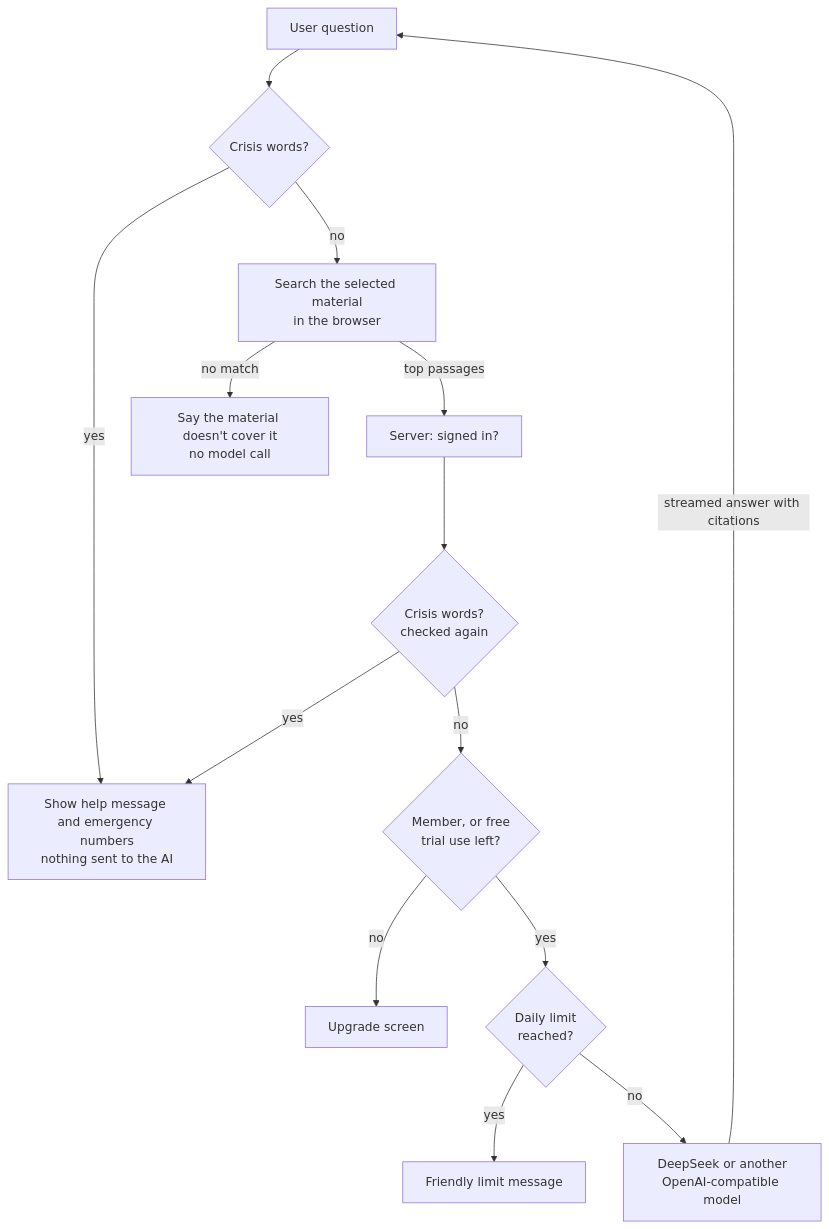
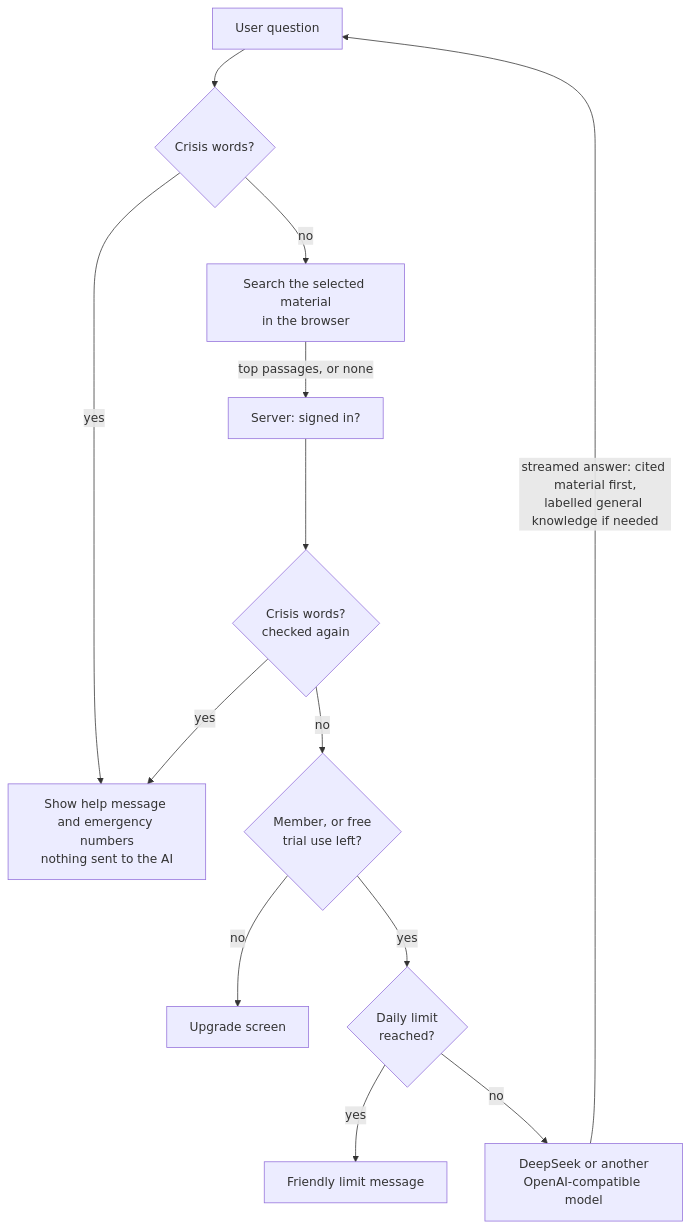
Before and after one commit to WHYNOT-LUO/unspoken-demo: the diagram in README.md, drawn with Mermaid. The commit also changed other lines of this file and 63 other files, not shown here.

````diff
--- a/README.md
+++ b/README.md
@@ -102,16 +113,15 @@
 ```mermaid
 flowchart TD
   U[User question] --> C{Crisis words?}
   C -- yes --> H[Show help message and emergency numbers<br/>nothing sent to the AI]
   C -- no --> R[Search the selected material<br/>in the browser]
-  R -- no match --> N[Say the material doesn't cover it<br/>no model call]
-  R -- top passages --> S[Server: signed in?]
+  R -- top passages, or none --> S[Server: signed in?]
   S --> C2{Crisis words?<br/>checked again}
   C2 -- yes --> H
   C2 -- no --> P{Member, or free<br/>trial use left?}
   P -- no --> UP[Upgrade screen]
   P -- yes --> L{Daily limit<br/>reached?}
   L -- yes --> E[Friendly limit message]
   L -- no --> M[DeepSeek or another<br/>OpenAI-compatible model]
-  M -- streamed answer with citations --> U
+  M -- streamed answer: cited material first,<br/>labelled general knowledge if needed --> U
 ```
````
